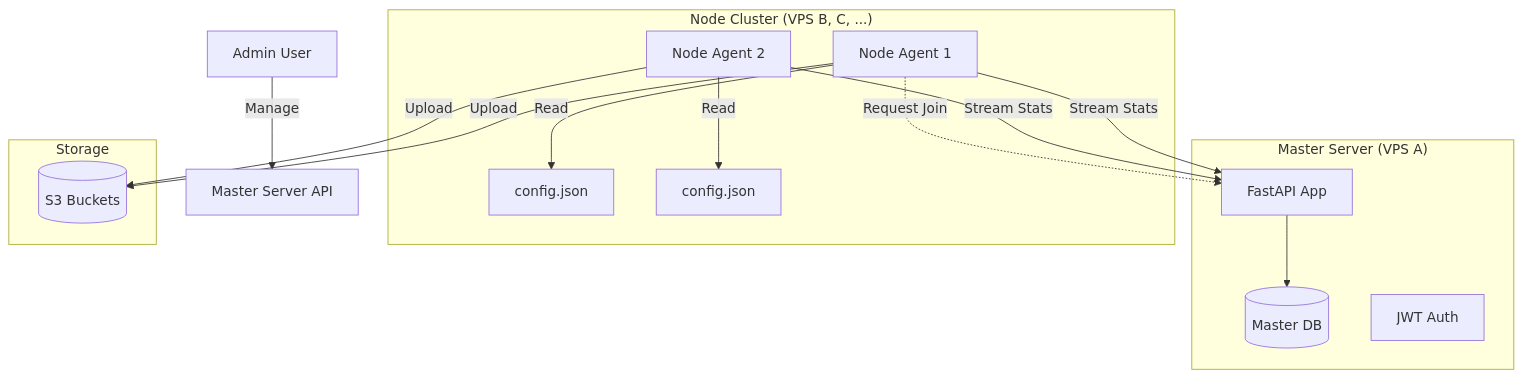
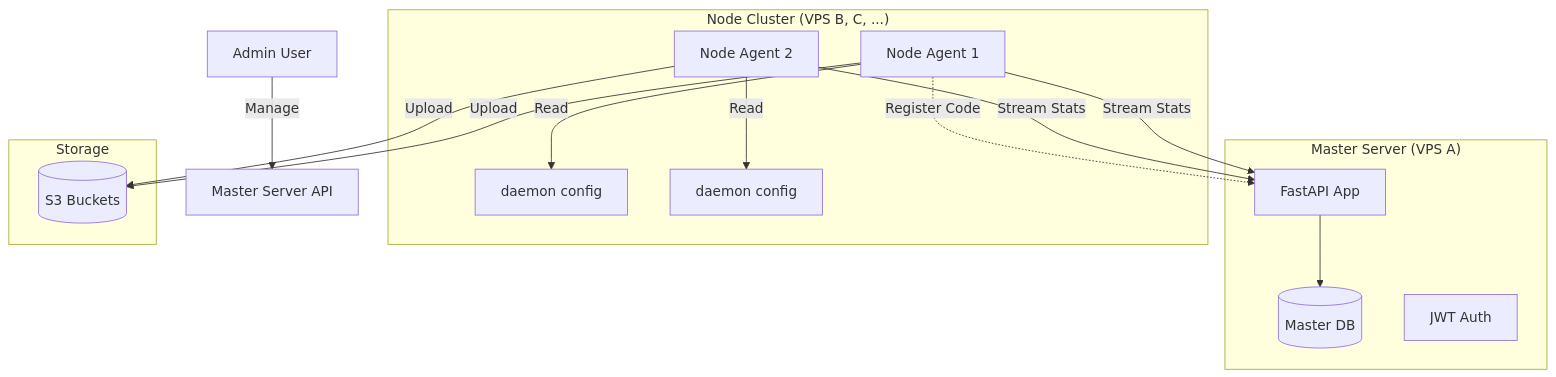
The diagram in docs/architecture.md (garikaib/zimpricecheck-backup), drawn with Mermaid before and after one commit. The commit also changed other lines of this file, not shown here.

Commit message:
docs: Update architecture.md with backupd details

````diff
--- a/docs/architecture.md
+++ b/docs/architecture.md
@@ -5,32 +5,32 @@
 ```mermaid
 graph TD
     User[Admin User] -->|Manage| Master[Master Server API]
     
     subgraph "Master Server (VPS A)"
         API[FastAPI App]
         DB[(Master DB)]
         Auth[JWT Auth]
         API --> DB
     end
     
     subgraph "Node Cluster (VPS B, C, ...)"
         Node1[Node Agent 1]
         Node2[Node Agent 2]
-        Config1[config.json]
-        Config2[config.json]
+        Config1[daemon config]
+        Config2[daemon config]
         
         Node1 -->|Read| Config1
         Node2 -->|Read| Config2
         
         Node1 -->|Stream Stats| API
         Node2 -->|Stream Stats| API
         
-        Node1 -.->|Request Join| API
+        Node1 -.->|Register Code| API
     end
     
     subgraph "Storage"
         S3[(S3 Buckets)]
         Node1 -->|Upload| S3
         Node2 -->|Upload| S3
     end
 ```
````
